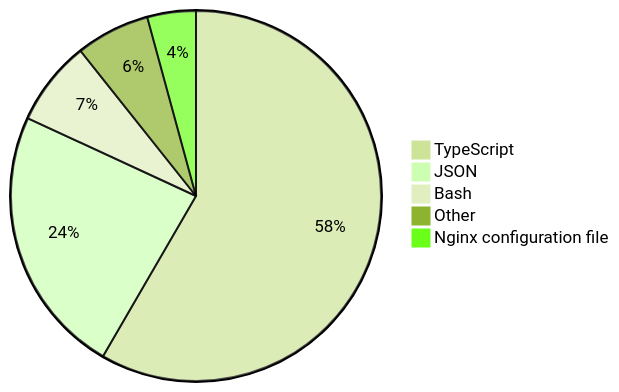
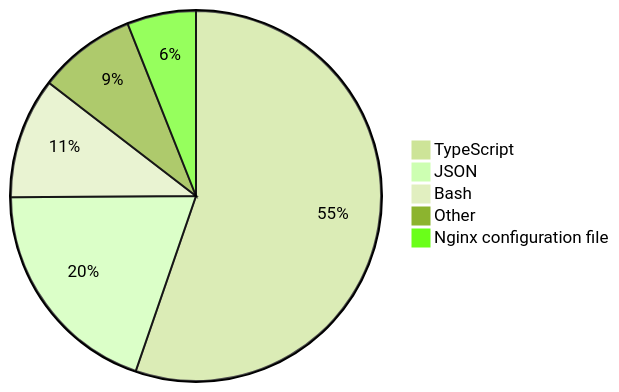
One commit to skvggor/skvggor changed the diagram in README.md. Above: the diagram before and after it, drawn with Mermaid (forest theme).

Commit message:
Updated waka-readme graph with new metrics

````diff
--- a/README.md
+++ b/README.md
@@ -28,8 +28,8 @@
 ```mermaid
 pie
-    "TypeScript" : 55.1
-    "JSON" : 22.2
-    "Bash" : 7.0
-    "Other" : 6.1
-    "Nginx configuration file" : 4.0
+    "TypeScript" : 52.4
+    "JSON" : 18.6
+    "Bash" : 10.0
+    "Other" : 8.1
+    "Nginx configuration file" : 5.7
 ```
````
